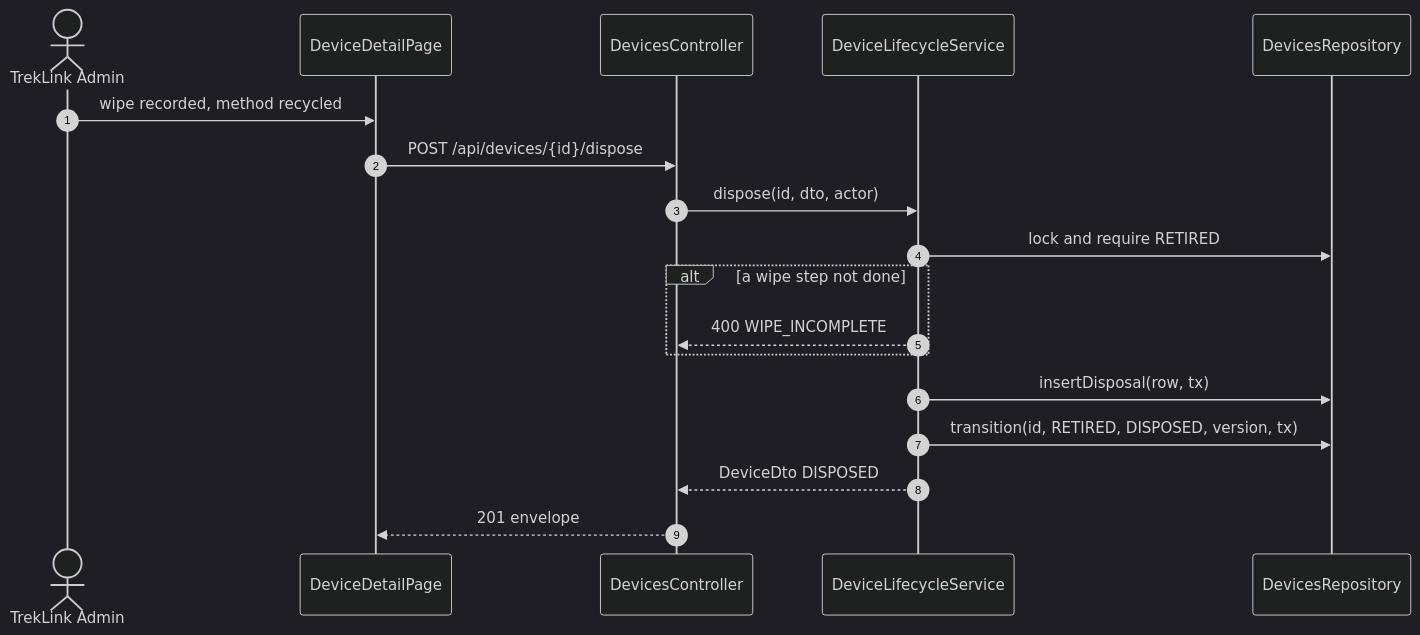
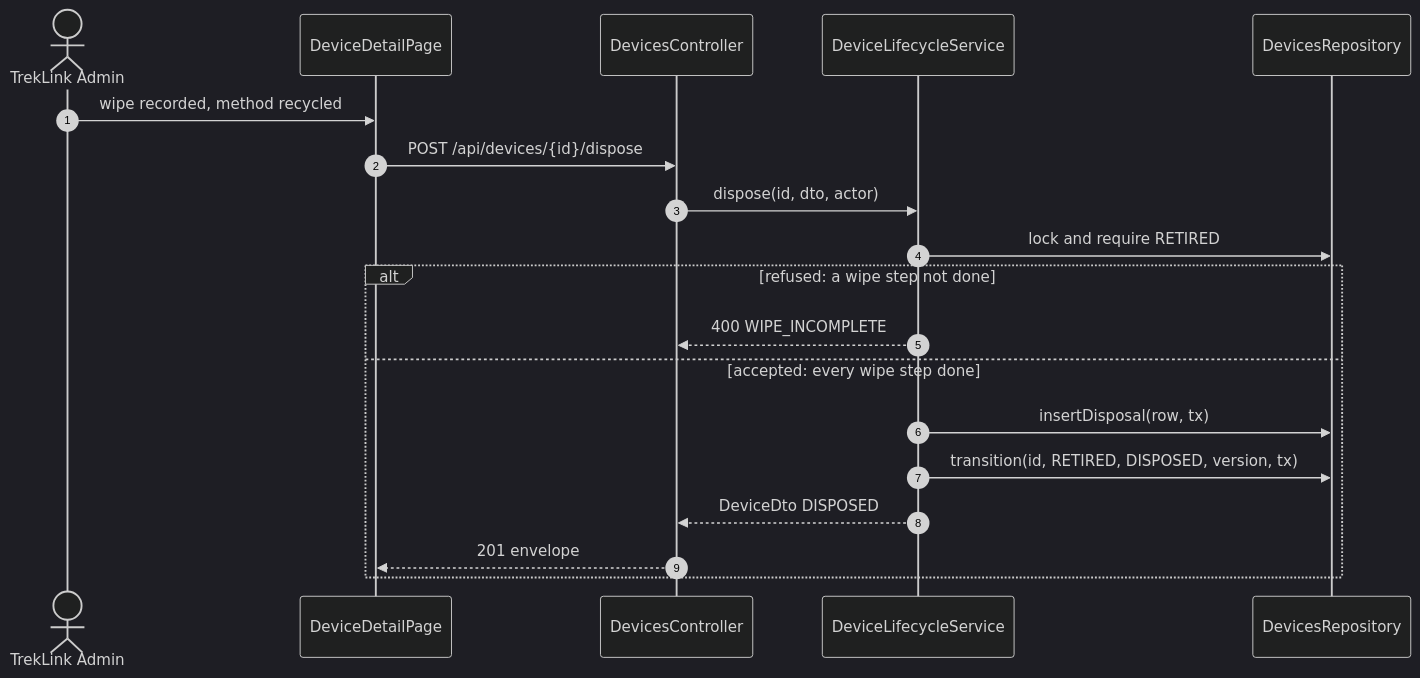
Diagram 13 of 18 in specs/devices/design.md (TrekLink-Team/treklink-web), drawn with Mermaid (dark theme) before and after one commit. The commit also changed other lines of this file and 39 other files, not shown here.

First line of the commit message:
docs: design periodic maintenance (D-047) and apply the SDD sequence conventions

````diff
--- a/specs/devices/design.md
+++ b/specs/devices/design.md
@@ -412,20 +457,21 @@
 ```mermaid
 sequenceDiagram
     autonumber
     actor Ad as TrekLink Admin
     participant P as DeviceDetailPage
     participant C as DevicesController
     participant L as DeviceLifecycleService
     participant R as DevicesRepository
     Ad->>P: wipe recorded, method recycled
     P->>C: POST /api/devices/{id}/dispose
     C->>L: dispose(id, dto, actor)
     L->>R: lock and require RETIRED
-    alt a wipe step not done
+    alt refused: a wipe step not done
         L-->>C: 400 WIPE_INCOMPLETE
+    else accepted: every wipe step done
+        L->>R: insertDisposal(row, tx)
+        L->>R: transition(id, RETIRED, DISPOSED, version, tx)
+        L-->>C: DeviceDto DISPOSED
+        C-->>P: 201 envelope
     end
-    L->>R: insertDisposal(row, tx)
-    L->>R: transition(id, RETIRED, DISPOSED, version, tx)
-    L-->>C: DeviceDto DISPOSED
-    C-->>P: 201 envelope
 ```
````
